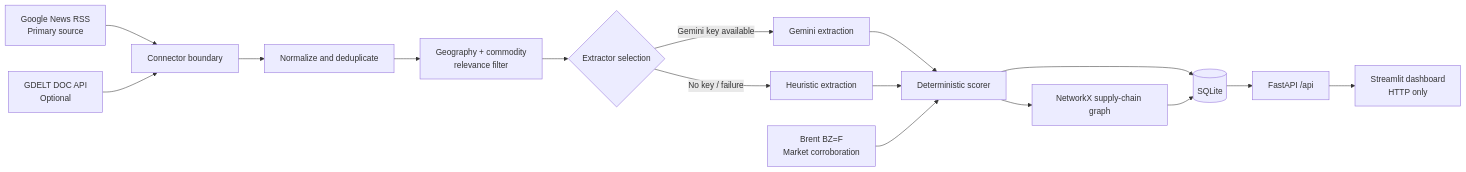
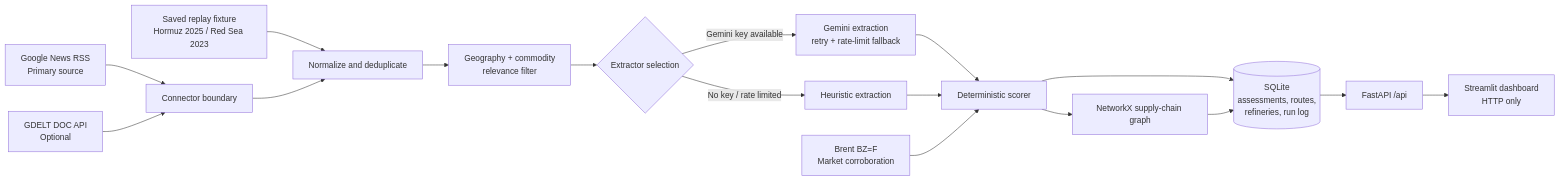
The first of 2 diagrams in README.md (whatsroopalupto/risk-radar), drawn with Mermaid before and after one commit. The commit also changed other lines of this file and 2 other files, not shown here.

````diff
--- a/README.md
+++ b/README.md
@@ -28,18 +31,19 @@
 ```mermaid
 flowchart LR
     RSS[Google News RSS<br/>Primary source] --> INGEST[Connector boundary]
     GDELT[GDELT DOC API<br/>Optional] --> INGEST
+    REPLAY[Saved replay fixture<br/>Hormuz 2025 / Red Sea 2023] --> NORMALIZE
     INGEST --> NORMALIZE[Normalize and deduplicate]
     NORMALIZE --> FILTER[Geography + commodity<br/>relevance filter]
     FILTER --> EXTRACT{Extractor selection}
-    EXTRACT -->|Gemini key available| GEMINI[Gemini extraction]
-    EXTRACT -->|No key / failure| HEURISTIC[Heuristic extraction]
+    EXTRACT -->|Gemini key available| GEMINI[Gemini extraction<br/>retry + rate-limit fallback]
+    EXTRACT -->|No key / rate limited| HEURISTIC[Heuristic extraction]
     GEMINI --> SCORE[Deterministic scorer]
     HEURISTIC --> SCORE
     PRICE[Brent BZ=F<br/>Market corroboration] --> SCORE
     SCORE --> GRAPH[NetworkX supply-chain graph]
-    SCORE --> SQLITE[(SQLite)]
+    SCORE --> SQLITE[(SQLite<br/>assessments, routes,<br/>refineries, run log)]
     GRAPH --> SQLITE
     SQLITE --> API[FastAPI /api]
     API --> DASH[Streamlit dashboard<br/>HTTP only]
 ```
````
